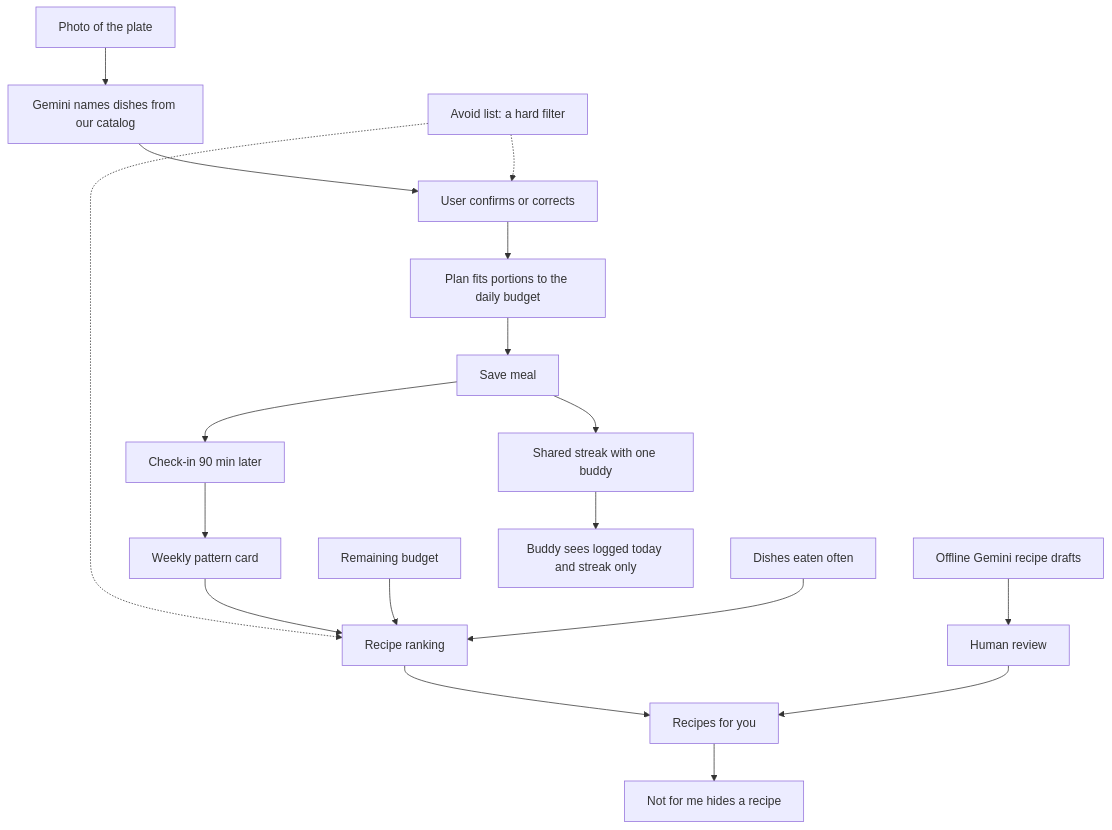
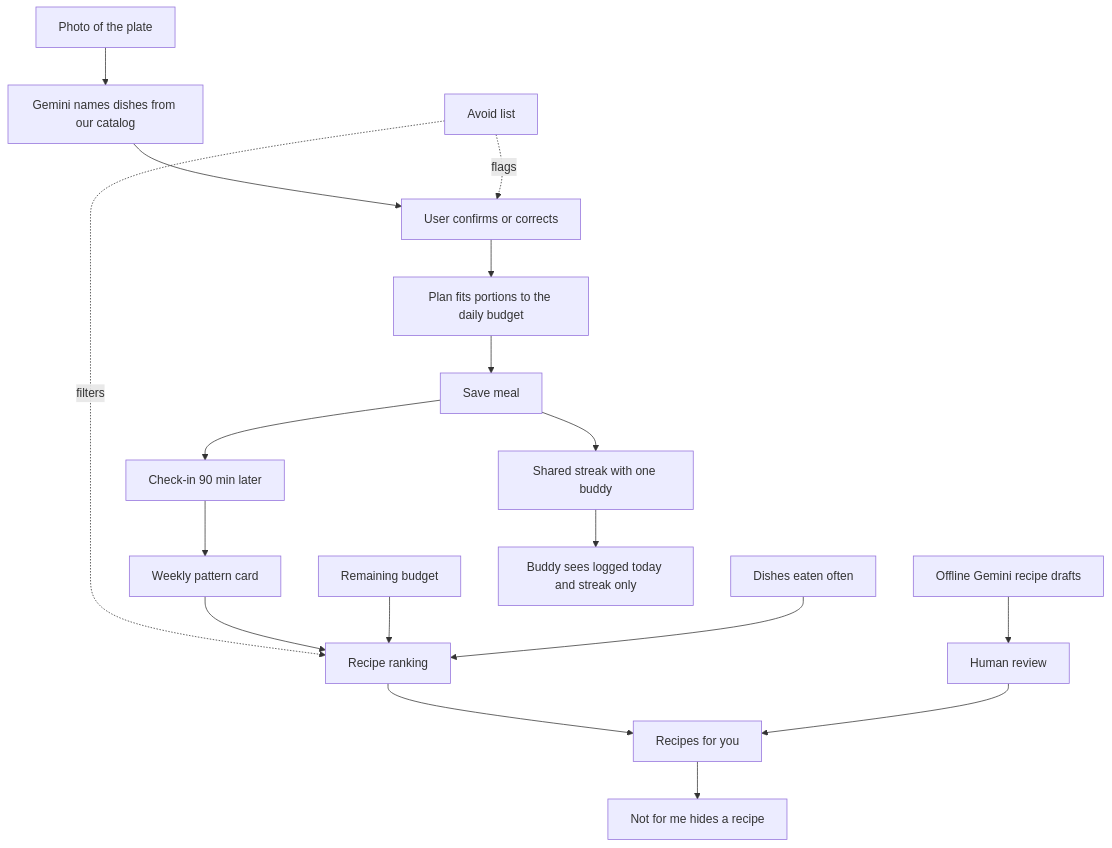
Before and after one commit to Zaryabk11/hissa: the diagram in docs/PRD.md, drawn with Mermaid. The commit also changed 4 other files, not shown here.

````diff
--- a/docs/PRD.md
+++ b/docs/PRD.md
@@ -28,20 +28,20 @@
 ```mermaid
 flowchart TD
   photo["Photo of the plate"] --> gemini["Gemini names dishes from our catalog"]
   gemini --> confirm["User confirms or corrects"]
   confirm --> plan["Plan fits portions to the daily budget"]
   plan --> save["Save meal"]
   save --> streak["Shared streak with one buddy"]
   save --> checkin["Check-in 90 min later"]
   checkin --> pattern["Weekly pattern card"]
-  avoid["Avoid list: a hard filter"] -.-> confirm
-  avoid -.-> rank
+  avoid["Avoid list"] -.->|flags| confirm
+  avoid -.->|filters| rank
   pattern --> rank["Recipe ranking"]
   budget["Remaining budget"] --> rank
   often["Dishes eaten often"] --> rank
   rank --> recipes["Recipes for you"]
   recipes --> nfm["Not for me hides a recipe"]
   streak --> buddy["Buddy sees logged today and streak only"]
   draft["Offline Gemini recipe drafts"] --> review["Human review"]
   review --> recipes
 ```
````
